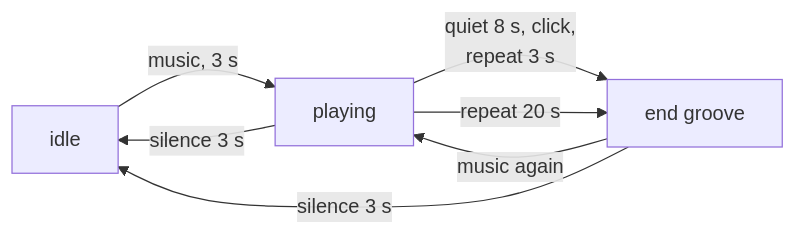
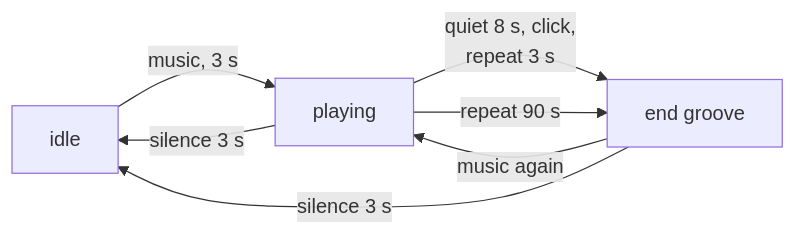
Before and after one commit to dcwfz9/derek-engineer: the second of 2 diagrams in content/posts/spare-pi-listens-to-my-turntable/index.md, drawn with Mermaid. The commit also changed other lines of this file, not shown here.

Commit message:
Turntable post: changes since publishing (90 s rule for a groove with music, different-artist second look, length-timed lookups, faster reconnect, LED polarity in config.txt)

````diff
--- a/content/posts/spare-pi-listens-to-my-turntable/index.md
+++ b/content/posts/spare-pi-listens-to-my-turntable/index.md
@@ -96,9 +96,9 @@
 ```mermaid
 flowchart LR
     IDLE["idle"] -->|"music, 3 s"| PLAY["playing"]
     PLAY -->|"quiet 8 s, click,\nrepeat 3 s"| GROOVE["end groove"]
-    PLAY -->|"repeat 20 s"| GROOVE
+    PLAY -->|"repeat 90 s"| GROOVE
     GROOVE -->|"music again"| PLAY
     PLAY -->|"silence 3 s"| IDLE
     GROOVE -->|"silence 3 s"| IDLE
 ```
````
